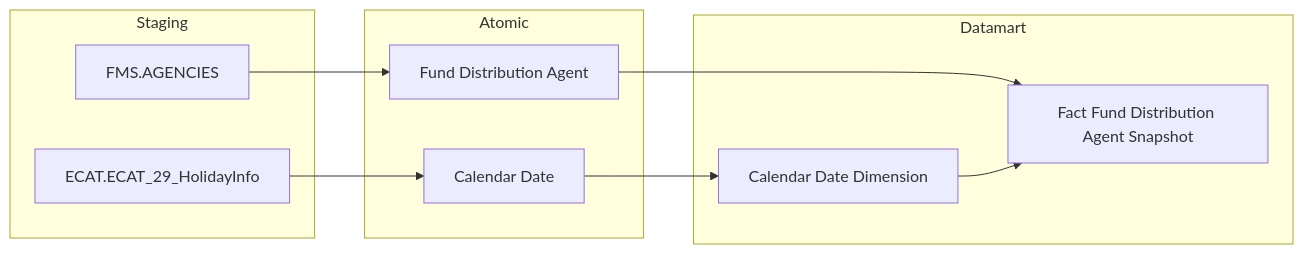
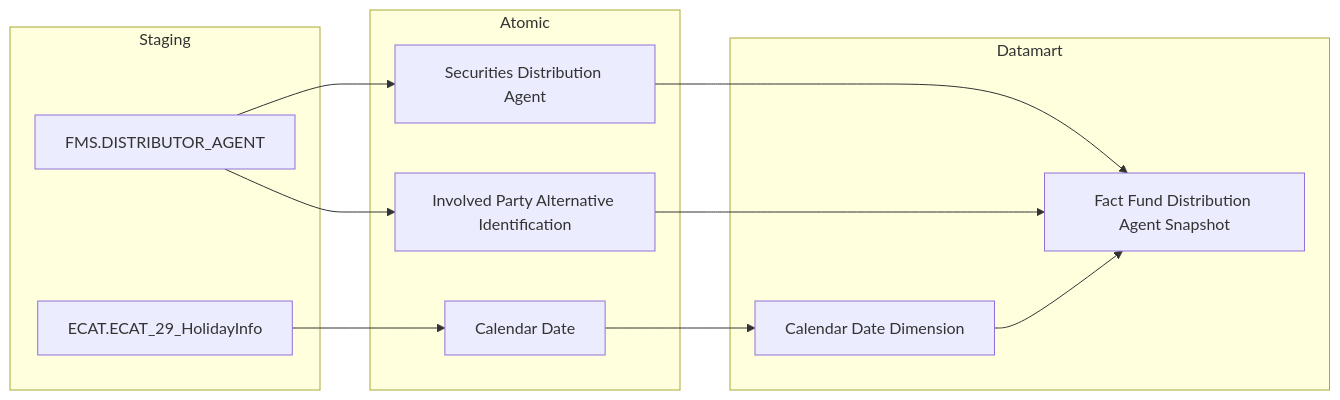
One commit to linhlvit/ubck_atomic_design changed diagram 11 of 41 in Datamart/hld/DTM_QLQ_HLD.md. Above: the diagram before and after it, drawn with Mermaid. The commit also changed other lines of this file and 28 other files, not shown here.

Commit message:
feat(qlq): add LLD detail mapping, 23 entity table schemas, update HLD, sync datamart model and attributes

````diff
--- a/Datamart/hld/DTM_QLQ_HLD.md
+++ b/Datamart/hld/DTM_QLQ_HLD.md
@@ -220,24 +374,27 @@
 ```mermaid
 flowchart LR
     subgraph SRC["Staging"]
-        FMS_AGENCIES["FMS.AGENCIES"]
+        FMS_DISTRIBUTORAGENT["FMS.DISTRIBUTOR_AGENT"]
         ECAT_ECAT_29_HolidayInfo["ECAT.ECAT_29_HolidayInfo"]
     end
 
     subgraph SIL["Atomic"]
-        Fund_Distribution_Agent["Fund Distribution Agent"]
+        Securities_Distribution_Agent["Securities Distribution Agent"]
+        Involved_Party_Alternative_Identification["Involved Party Alternative Identification"]
         Calendar_Date["Calendar Date"]
     end
 
     subgraph GOLD["Datamart"]
         fct_fnd_dist_agt_snpst["Fact Fund Distribution Agent Snapshot"]
         cdr_dt_dim["Calendar Date Dimension"]
     end
 
-    FMS_AGENCIES --> Fund_Distribution_Agent
+    FMS_DISTRIBUTORAGENT --> Securities_Distribution_Agent
+    FMS_DISTRIBUTORAGENT --> Involved_Party_Alternative_Identification
     ECAT_ECAT_29_HolidayInfo --> Calendar_Date
 
-    Fund_Distribution_Agent --> fct_fnd_dist_agt_snpst
+    Securities_Distribution_Agent --> fct_fnd_dist_agt_snpst
+    Involved_Party_Alternative_Identification --> fct_fnd_dist_agt_snpst
     Calendar_Date --> cdr_dt_dim
     cdr_dt_dim --> fct_fnd_dist_agt_snpst
 ```
````
